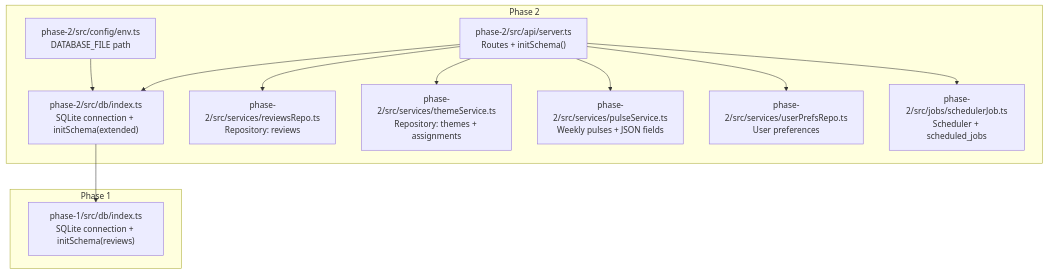
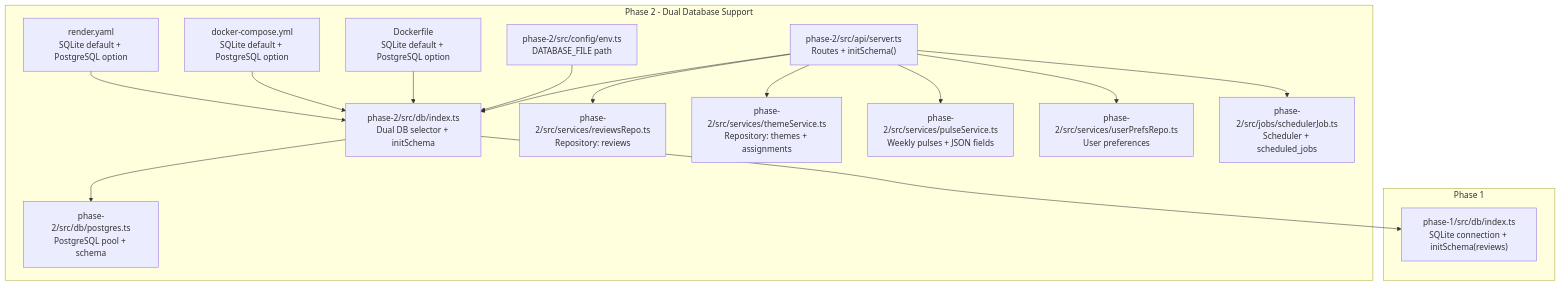
One commit to aravinthraj-ramalingam/Groww-App-Review-Insights-Analyzer- changed the first of 8 diagrams in .qoder/repowiki/en/content/Phase 1_ Review Scraper/Database Layer.md. Above: the diagram before and after it, drawn with Mermaid. The commit also changed other lines of this file and 7 other files, not shown here.

````diff
--- a/.qoder/repowiki/en/content/Phase 1_ Review Scraper/Database Layer.md
+++ b/.qoder/repowiki/en/content/Phase 1_ Review Scraper/Database Layer.md
@@ -39,24 +52,32 @@
 ```mermaid
 graph TB
 subgraph "Phase 1"
 P1_DB["phase-1/src/db/index.ts<br/>SQLite connection + initSchema(reviews)"]
 end
-subgraph "Phase 2"
-P2_DB["phase-2/src/db/index.ts<br/>SQLite connection + initSchema(extended)"]
+subgraph "Phase 2 - Dual Database Support"
+P2_DB_INDEX["phase-2/src/db/index.ts<br/>Dual DB selector + initSchema"]
+P2_DB_PG["phase-2/src/db/postgres.ts<br/>PostgreSQL pool + schema"]
 P2_SRV_REV["phase-2/src/services/reviewsRepo.ts<br/>Repository: reviews"]
 P2_SRV_THEME["phase-2/src/services/themeService.ts<br/>Repository: themes + assignments"]
 P2_SRV_PULSE["phase-2/src/services/pulseService.ts<br/>Weekly pulses + JSON fields"]
 P2_SRV_PREF["phase-2/src/services/userPrefsRepo.ts<br/>User preferences"]
 P2_JOB_SCHED["phase-2/src/jobs/schedulerJob.ts<br/>Scheduler + scheduled_jobs"]
 P2_API["phase-2/src/api/server.ts<br/>Routes + initSchema()"]
 P2_CFG["phase-2/src/config/env.ts<br/>DATABASE_FILE path"]
+P2_DOCKER["Dockerfile<br/>SQLite default + PostgreSQL option"]
+P2_COMPOSE["docker-compose.yml<br/>SQLite default + PostgreSQL option"]
+P2_RENDER["render.yaml<br/>SQLite default + PostgreSQL option"]
 end
-P2_API --> P2_DB
+P2_API --> P2_DB_INDEX
+P2_DB_INDEX --> P2_DB_PG
 P2_API --> P2_SRV_REV
 P2_API --> P2_SRV_THEME
 P2_API --> P2_SRV_PULSE
 P2_API --> P2_SRV_PREF
 P2_API --> P2_JOB_SCHED
-P2_DB --> P1_DB
-P2_CFG --> P2_DB
+P2_DB_INDEX --> P1_DB
+P2_CFG --> P2_DB_INDEX
+P2_DOCKER --> P2_DB_INDEX
+P2_COMPOSE --> P2_DB_INDEX
+P2_RENDER --> P2_DB_INDEX
 ```
````
